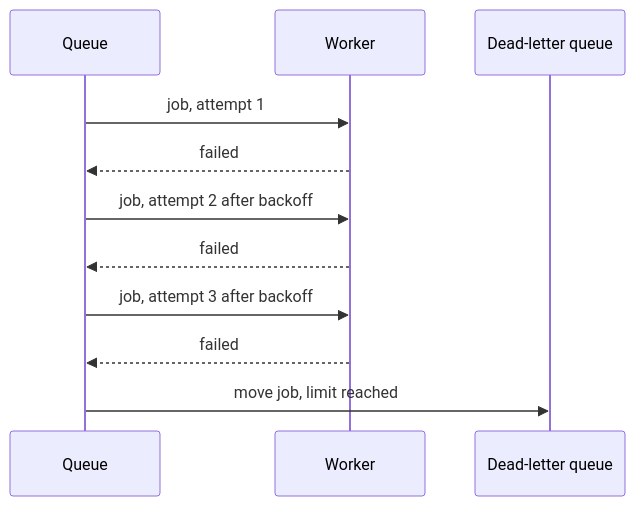
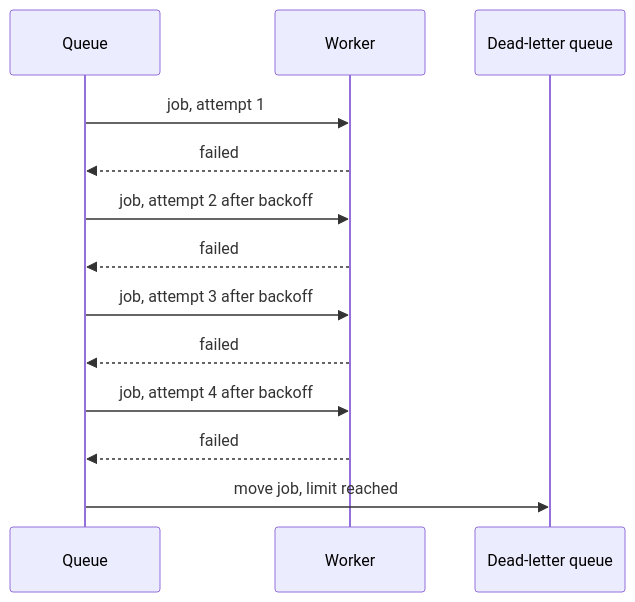
Diagram 11 of 12 in site/authored/sd/async.md (pravnyadv/dev-essentials), drawn with Mermaid before and after one commit. The commit also changed other lines of this file and 66 other files, not shown here.

````diff
--- a/site/authored/sd/async.md
+++ b/site/authored/sd/async.md
@@ -421,13 +426,15 @@
 ```mermaid A job is retried a few times, then parked in the dead-letter queue
 sequenceDiagram
   participant Q as Queue
   participant W as Worker
   participant D as Dead-letter queue
   Q->>W: job, attempt 1
   W-->>Q: failed
   Q->>W: job, attempt 2 after backoff
   W-->>Q: failed
   Q->>W: job, attempt 3 after backoff
   W-->>Q: failed
+  Q->>W: job, attempt 4 after backoff
+  W-->>Q: failed
   Q->>D: move job, limit reached
 ```
````
